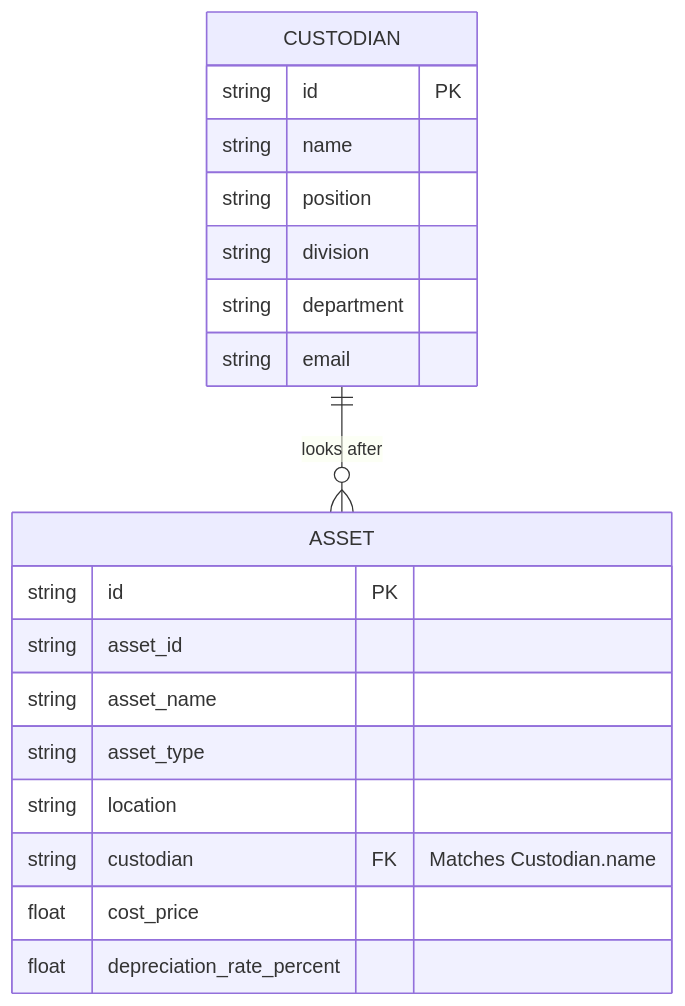
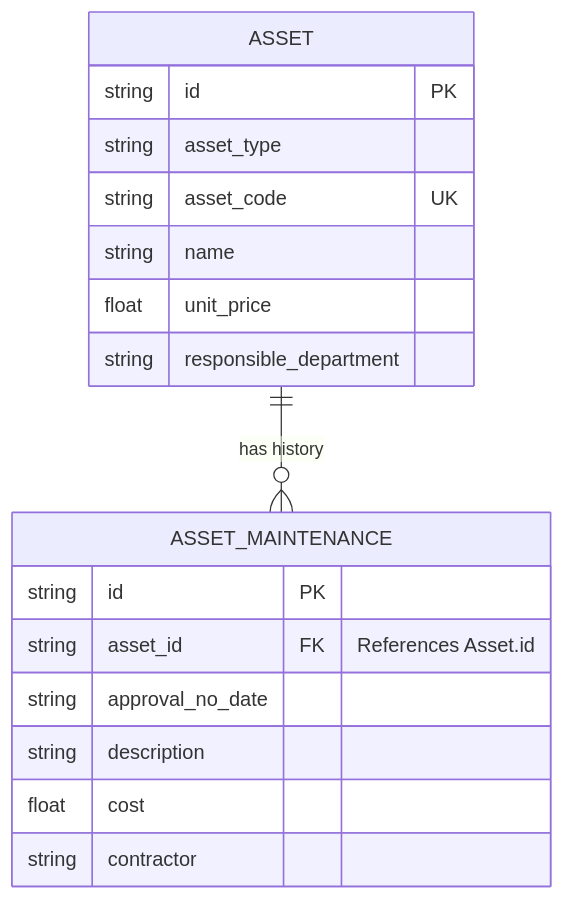
The diagram in DATA_MODEL.md (Key-EZ/inventory), drawn with Mermaid before and after one commit. The commit also changed other lines of this file and 8 other files, not shown here.

Commit message:
Migrate nested database schema to flat assets and asset_maintenances model

````diff
--- a/DATA_MODEL.md
+++ b/DATA_MODEL.md
@@ -64,22 +80,20 @@
 ```mermaid
 erDiagram
-    CUSTODIAN ||--o{ ASSET : "looks after"
-    CUSTODIAN {
-        string id PK
-        string name
-        string position
-        string division
-        string department
-        string email
-    }
+    ASSET ||--o{ ASSET_MAINTENANCE : "has history"
     ASSET {
         string id PK
-        string asset_id
-        string asset_name
         string asset_type
-        string location
-        string custodian FK "Matches Custodian.name"
-        float cost_price
-        float depreciation_rate_percent
+        string asset_code UK
+        string name
+        float unit_price
+        string responsible_department
+    }
+    ASSET_MAINTENANCE {
+        string id PK
+        string asset_id FK "References Asset.id"
+        string approval_no_date
+        string description
+        float cost
+        string contractor
     }
 ```
````
